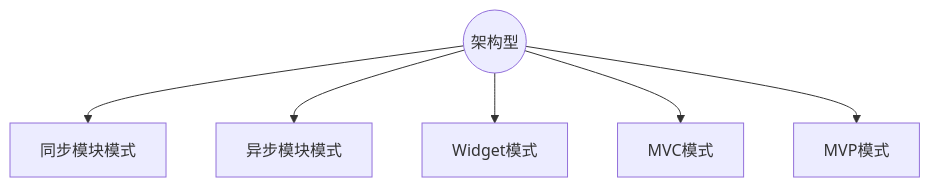
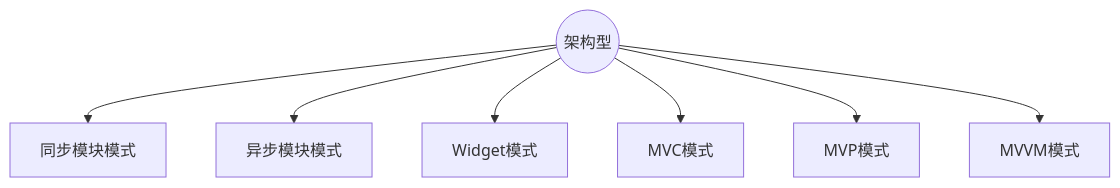
One commit to kangduu/Javascript-Design-Pattern changed the fifth of 5 diagrams in README.md. Above: the diagram before and after it, drawn with Mermaid. The commit also changed other lines of this file, not shown here.

````diff
--- a/README.md
+++ b/README.md
@@ -67,9 +63,10 @@
 ```mermaid
 graph TB
 E((架构型))
 	E --> e1[同步模块模式]
 	E --> e2[异步模块模式]
 	E --> e3[Widget模式]
 	E --> e4[MVC模式]
 	E --> e5[MVP模式]
+	E --> e6[MVVM模式]
 ```
````
